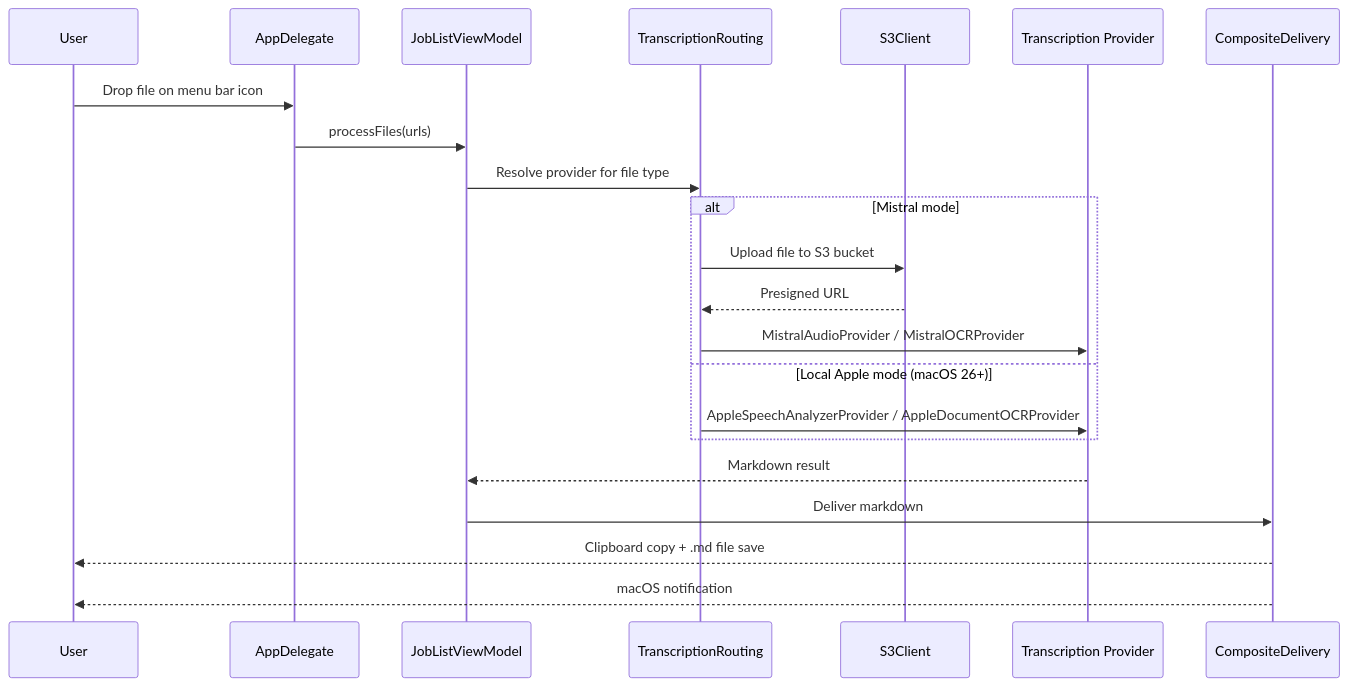
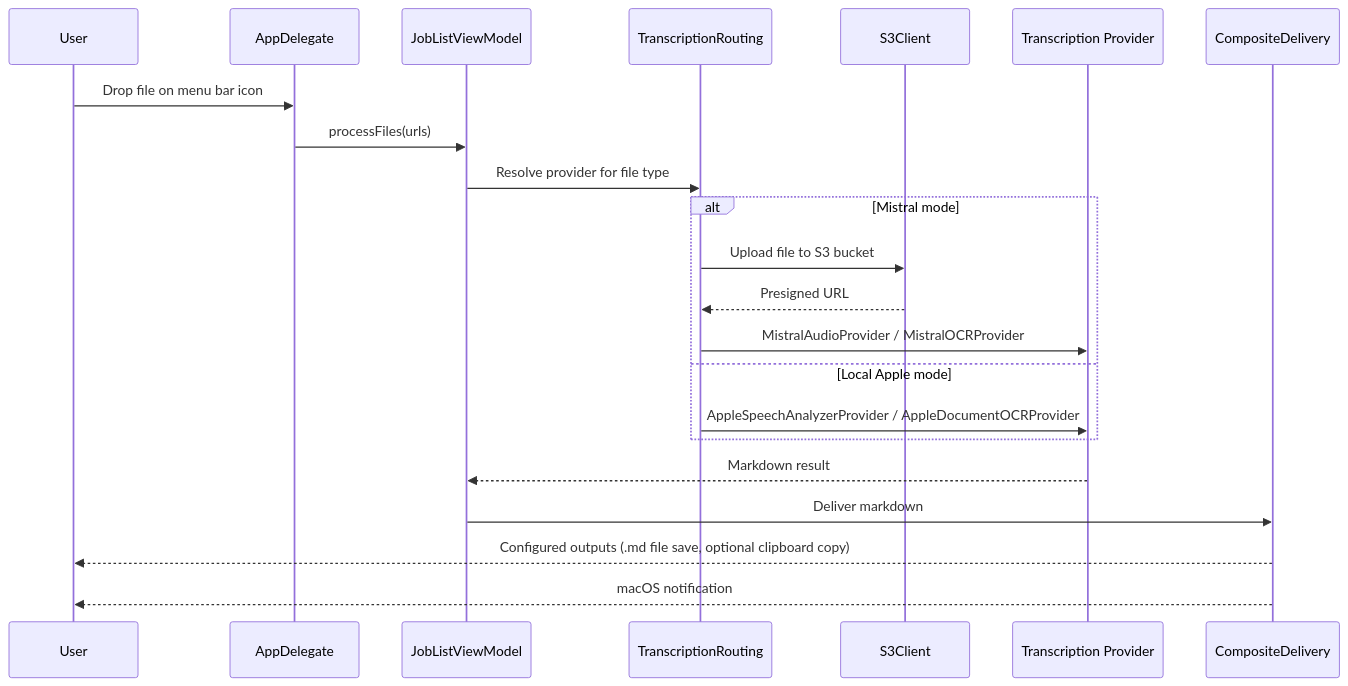
Before and after one commit to jwa91/trnscrb: the second of 2 diagrams in docs/ARCHITECTURE.md, drawn with Mermaid. The commit also changed other lines of this file and 47 other files, not shown here.

````diff
--- a/docs/ARCHITECTURE.md
+++ b/docs/ARCHITECTURE.md
@@ -63,25 +65,25 @@
 ```mermaid
 sequenceDiagram
     participant U as User
     participant A as AppDelegate
     participant VM as JobListViewModel
     participant R as TranscriptionRouting
     participant S as S3Client
     participant T as Transcription Provider
     participant D as CompositeDelivery
 
     U->>A: Drop file on menu bar icon
     A->>VM: processFiles(urls)
     VM->>R: Resolve provider for file type
     alt Mistral mode
         R->>S: Upload file to S3 bucket
         S-->>R: Presigned URL
         R->>T: MistralAudioProvider / MistralOCRProvider
-    else Local Apple mode (macOS 26+)
+    else Local Apple mode
         R->>T: AppleSpeechAnalyzerProvider / AppleDocumentOCRProvider
     end
     T-->>VM: Markdown result
     VM->>D: Deliver markdown
-    D-->>U: Clipboard copy + .md file save
+    D-->>U: Configured outputs (.md file save, optional clipboard copy)
     D-->>U: macOS notification
 ```
````
